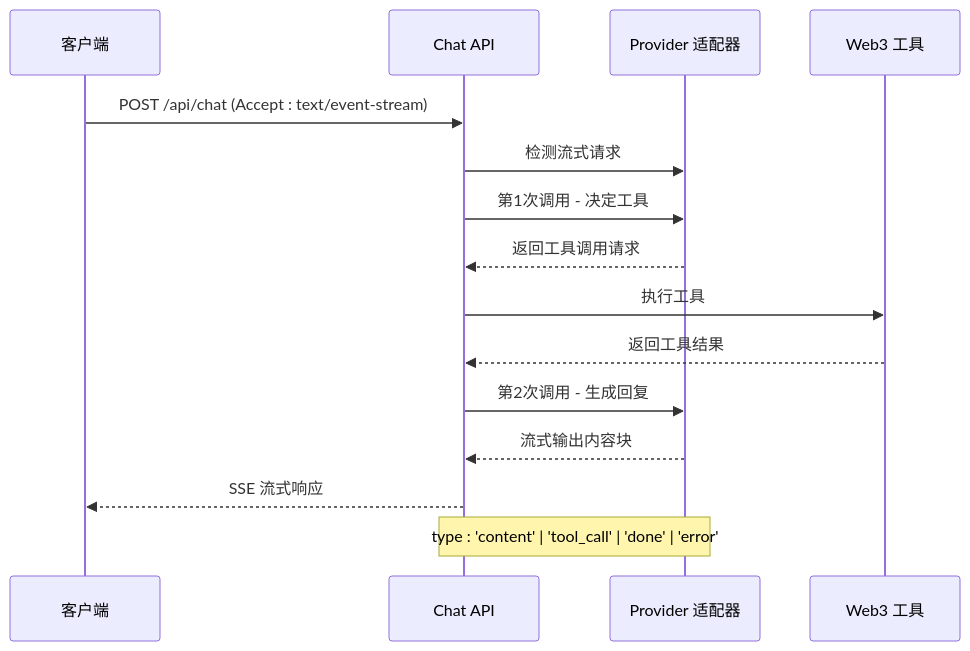
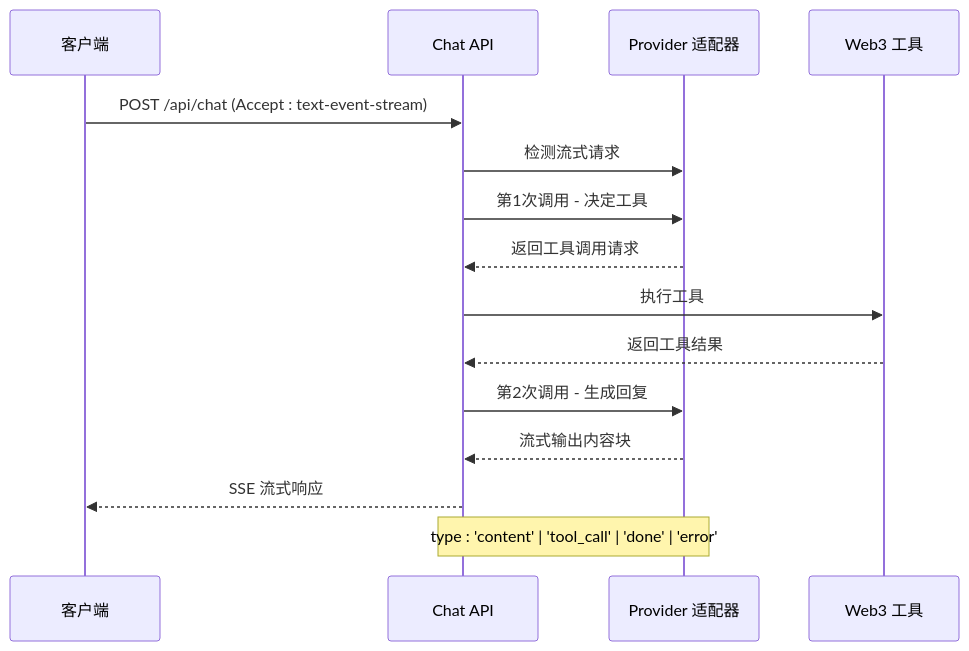
One commit to CryptoLinxu/Web3-AI-Agent changed the ninth of 13 diagrams in .qoder/repowiki/zh/content/项目概述/学习笔记.md. Above: the diagram before and after it, drawn with Mermaid. The commit also changed other lines of this file and 9 other files, not shown here.

````diff
--- a/.qoder/repowiki/zh/content/项目概述/学习笔记.md
+++ b/.qoder/repowiki/zh/content/项目概述/学习笔记.md
@@ -415,17 +440,17 @@
 ```mermaid
 sequenceDiagram
 participant Client as 客户端
 participant API as Chat API
 participant Provider as Provider 适配器
 participant Tools as Web3 工具
-Client->>API : POST /api/chat (Accept : text/event-stream)
+Client->>API : POST /api/chat (Accept : text-event-stream)
 API->>Provider : 检测流式请求
 API->>Provider : 第1次调用 - 决定工具
 Provider-->>API : 返回工具调用请求
 API->>Tools : 执行工具
 Tools-->>API : 返回工具结果
 API->>Provider : 第2次调用 - 生成回复
 Provider-->>API : 流式输出内容块
 API-->>Client : SSE 流式响应
 Note over API,Provider : type : 'content' | 'tool_call' | 'done' | 'error'
 ```
````
